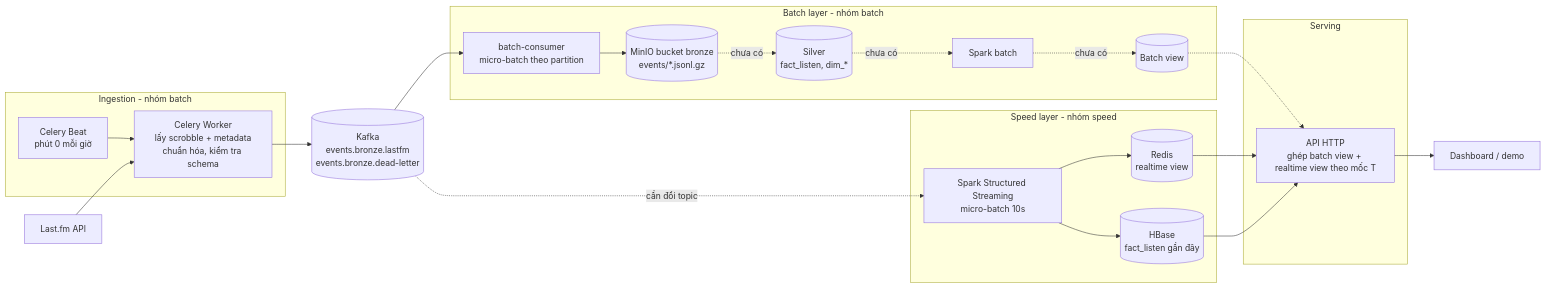
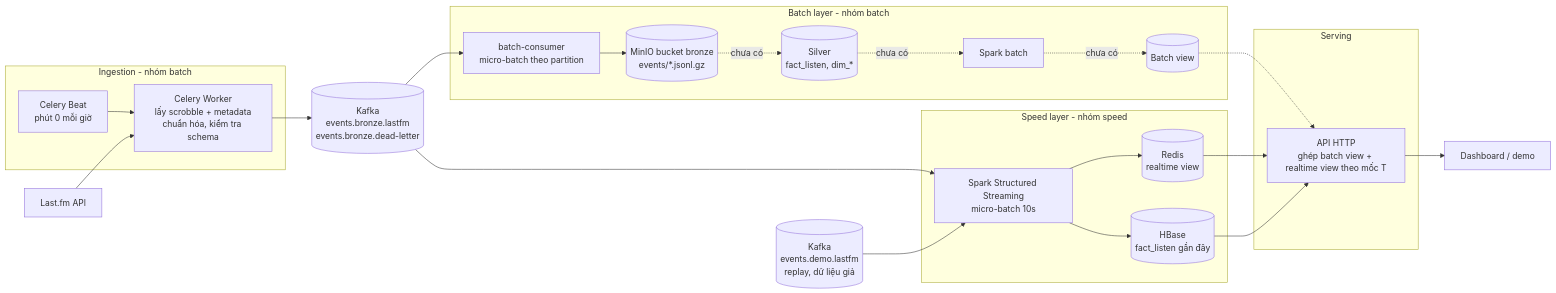
Before and after one commit to taihb2005/bigdata-music-analytics: the diagram in docs/architecture.md, drawn with Mermaid. The commit also changed other lines of this file and 13 other files, not shown here.

Commit message:
feat(stream): đọc message producer batch (events.bronze.lastfm)

````diff
--- a/docs/architecture.md
+++ b/docs/architecture.md
@@ -21,35 +21,37 @@
 ```mermaid
 flowchart LR
     LF[Last.fm API]
 
     subgraph ING[Ingestion - nhóm batch]
         BEAT[Celery Beat<br/>phút 0 mỗi giờ] --> WK[Celery Worker<br/>lấy scrobble + metadata<br/>chuẩn hóa, kiểm tra schema]
     end
 
     LF --> WK
     WK --> K[(Kafka<br/>events.bronze.lastfm<br/>events.bronze.dead-letter)]
 
     subgraph BATCH[Batch layer - nhóm batch]
         C[batch-consumer<br/>micro-batch theo partition] --> BR[(MinIO bucket bronze<br/>events/*.jsonl.gz)]
         BR -.chưa có.-> SV[(Silver<br/>fact_listen, dim_*)]
         SV -.chưa có.-> SB[Spark batch]
         SB -.chưa có.-> BV[(Batch view)]
     end
 
     subgraph SPEED[Speed layer - nhóm speed]
         SS[Spark Structured Streaming<br/>micro-batch 10s] --> RV[(Redis<br/>realtime view)]
         SS --> HB[(HBase<br/>fact_listen gần đây)]
     end
 
+    DEMO[(Kafka<br/>events.demo.lastfm<br/>replay, dữ liệu giả)]
     K --> C
-    K -.cần đổi topic.-> SS
+    K --> SS
+    DEMO --> SS
 
     subgraph SERVE[Serving]
         API[API HTTP<br/>ghép batch view + realtime view theo mốc T]
     end
 
     BV -.-> API
     RV --> API
     HB --> API
     API --> UI[Dashboard / demo]
 ```
````
